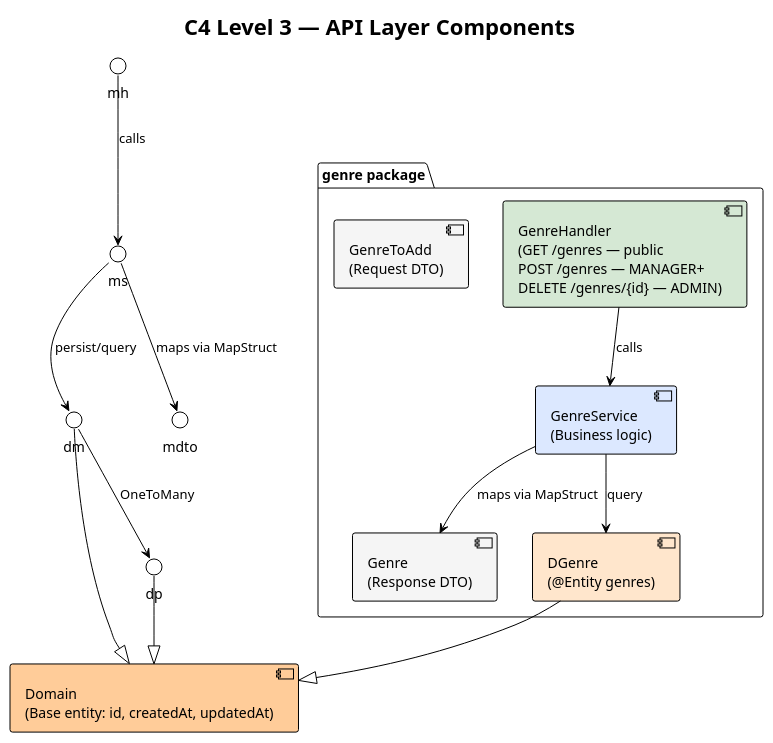
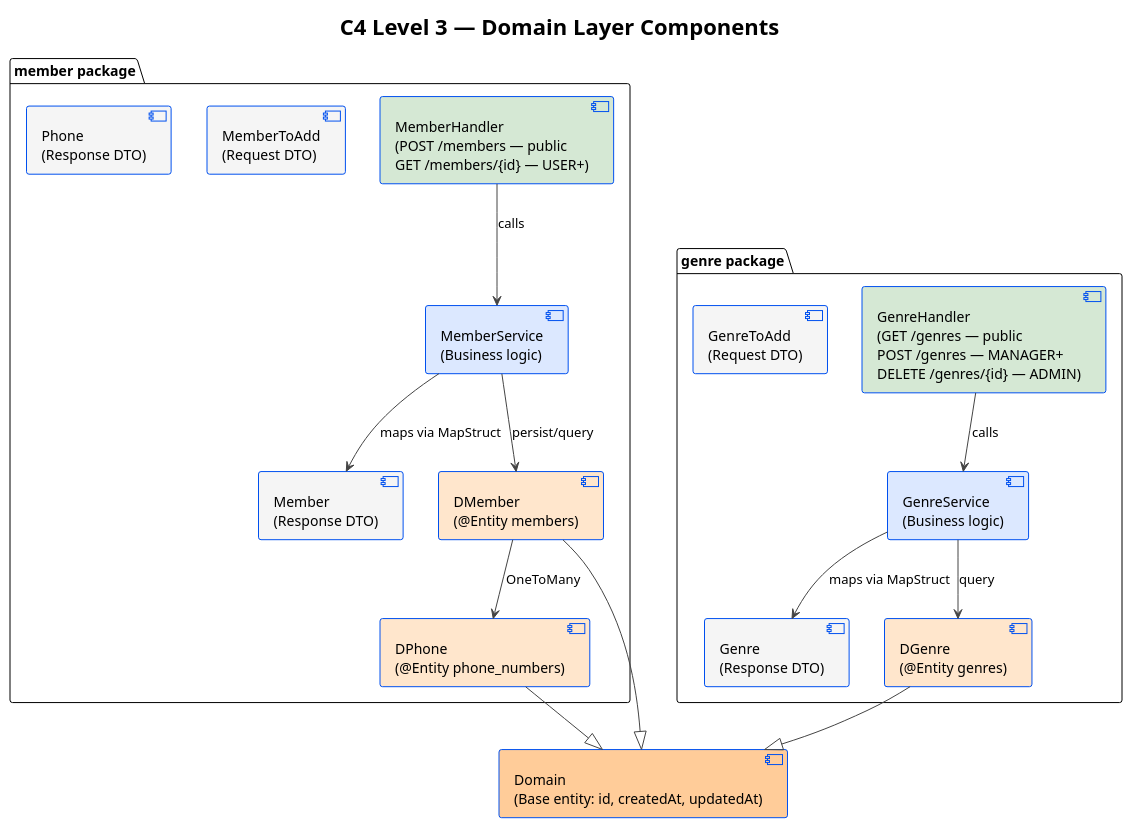
One commit to batzorigt/rest-api-template changed the fourth of 8 diagrams in docs/architecture.md. Above: the diagram before and after it, drawn with PlantUML. The commit also changed other lines of this file and 1 other file, not shown here.

````diff
--- a/docs/architecture.md
+++ b/docs/architecture.md
@@ -56,30 +195,45 @@
 ```plantuml
-@startuml C4_Component_API
+@startuml C4_Component_Domain
 !theme plain
-title C4 Level 3 — API Layer Components
+title C4 Level 3 — Domain Layer Components
 
+skinparam component {
+  BorderColor #0050ef
+  BackgroundColor #dce8ff
+}
+skinparam ArrowColor #444444
+
+package "member package" {
+  component "MemberHandler\n(POST /members — public\nGET /members/{id} — USER+)" as mh #d5e8d4
+  component "MemberService\n(Business logic)" as ms #dce8ff
+  component "MemberToAdd\n(Request DTO)" as mta #f5f5f5
+  component "Member\n(Response DTO)" as mdto #f5f5f5
+  component "Phone\n(Response DTO)" as pdto #f5f5f5
+  component "DMember\n(@Entity members)" as dm #ffe6cc
+  component "DPhone\n(@Entity phone_numbers)" as dp #ffe6cc
+}
 
 package "genre package" {
   component "GenreHandler\n(GET /genres — public\nPOST /genres — MANAGER+\nDELETE /genres/{id} — ADMIN)" as gh #d5e8d4
   component "GenreService\n(Business logic)" as gs #dce8ff
   component "GenreToAdd\n(Request DTO)" as gta #f5f5f5
   component "Genre\n(Response DTO)" as gdto #f5f5f5
   component "DGenre\n(@Entity genres)" as dg #ffe6cc
 }
 
 component "Domain\n(Base entity: id, createdAt, updatedAt)" as domain #ffcc99
 
 mh --> ms : "calls"
 ms --> dm : "persist/query"
 ms --> mdto : "maps via MapStruct"
 dm --> dp : "OneToMany"
 dm --|> domain
 dp --|> domain
 
 gh --> gs : "calls"
 gs --> dg : "query"
 gs --> gdto : "maps via MapStruct"
 dg --|> domain
 
 @enduml
 ```
````
